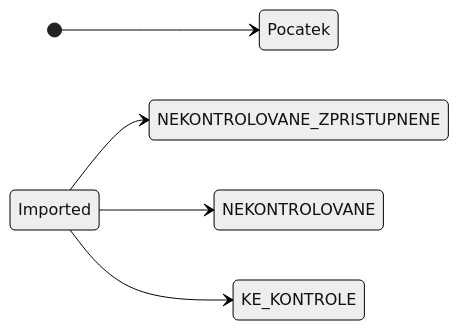
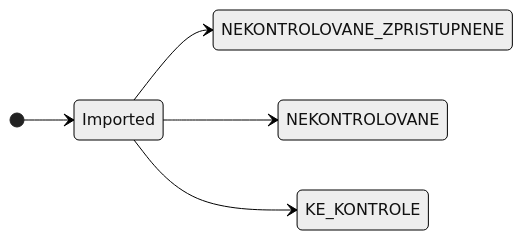
Before and after one commit to ceskaexpedice/kapp: the diagram in README.md, drawn with Mermaid (neutral theme).

````diff
--- a/README.md
+++ b/README.md
@@ -8,26 +8,26 @@
 ```mermaid
 stateDiagram-v2
     direction LR
 
     state Imported <<start>>
     state Konec <<end>>
 
     state NEKONTROLOVANÉ_ZPŘÍSTUPNĚNÉ : Automaticky přidělovaná licence public - Nedochází ke kurátorské kontrole (Monografie pred rokem 1900 a rocniky starsi nez 110 let)
     state NEKONTROLOVANÉ : Automaticky přidělovaná licence onsite - Nedochází ke kurátorské kontrole (Mapy, monografie a hudebniny vydané před méně než 70 lety)
     state KE_KONTROLE : Nutná kurátorská kontrola
 
     state KONTROLOVANÉ_VOLNÉ : Public (Volné AP)
     state KONTROLOVANÉ_NEVEŘEJNÉ : Private (Běží AP, s rozhodným rokem)
     state KONTROLOVANÉ_NEZNÁMÉ : Private (Neznámý stav AP)
     state KONTROLOVANÉ_NEZNÁMÉ_ZPŘÍSTUPNĚNÉ : Public (Neznámé AP, ale zpřístupněno)
     state KONTROLOVANÉ_NEVEŘEJNÉ_LICENCE : Public/Private (Neveřejné, ale s licencí)
     state KONTROLOVANÉ_BEZ_AP : Public (Dílo bez AP)
     state KONTROLOVANÉ_ZNEPŘÍSTUPNĚNÉ : Private (Znepřístupněno)
 
     %% Pocatecni prechody 
-    [*] --> Pocatek
+    [*] --> Imported
     Imported --> NEKONTROLOVANE_ZPRISTUPNENE 
     Imported --> NEKONTROLOVANE 
     Imported --> KE_KONTROLE 
 
 ```
````
